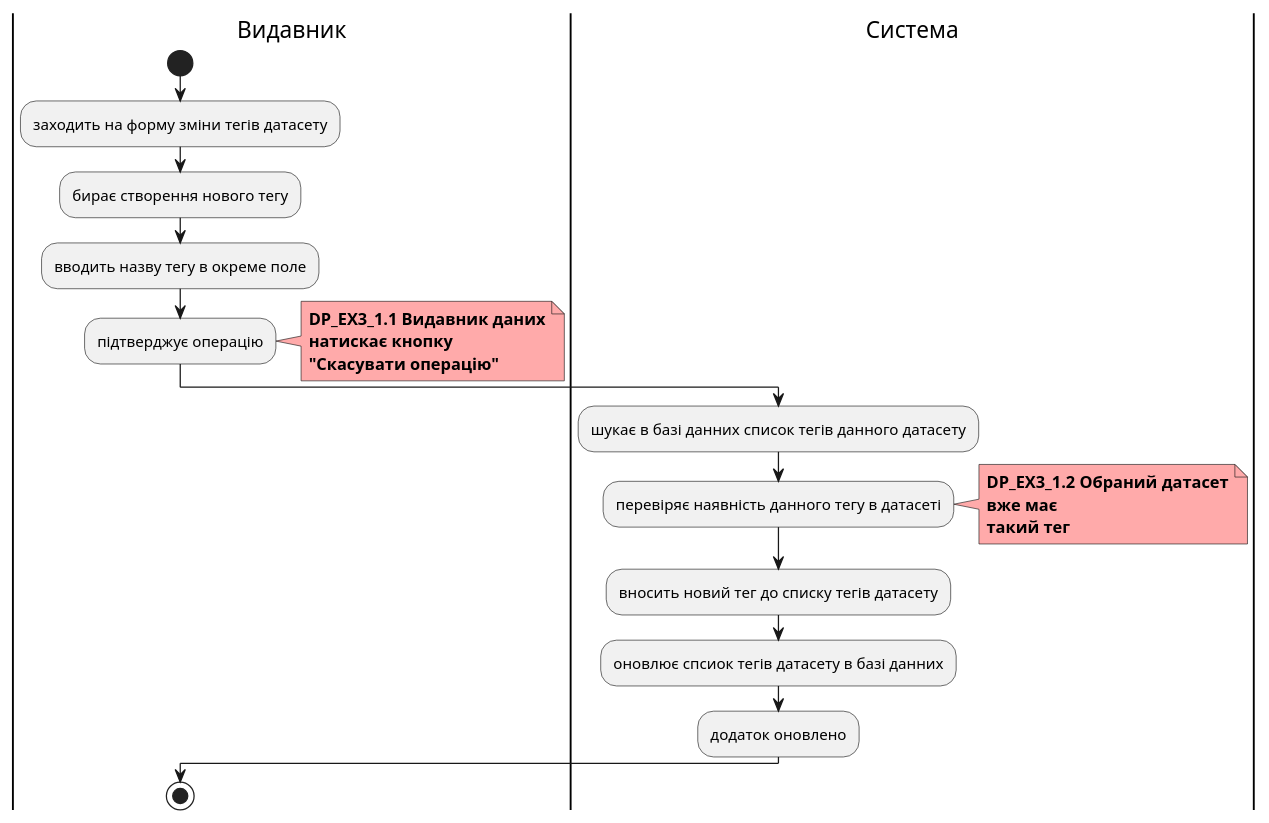
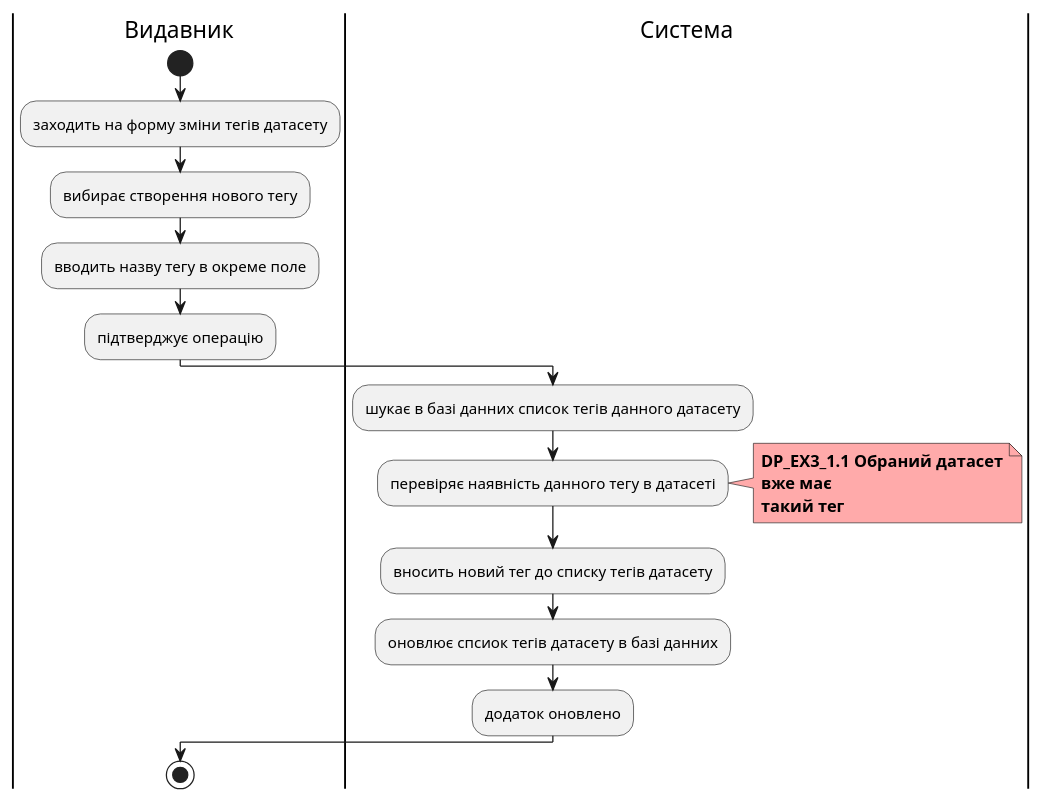
One commit to boldak/edu-db-cw changed the fourth of 4 diagrams in docs/use cases/DataPublisher.md. Above: the diagram before and after it, drawn with PlantUML. The commit also changed other lines of this file and 1 other file, not shown here.

```diff
--- a/docs/use cases/DataPublisher.md
+++ b/docs/use cases/DataPublisher.md
@@ -218,28 +186,23 @@
 @startuml
 
     |Видавник|
         start
         :заходить на форму зміни тегів датасету;
-        :бирає створення нового тегу;
+        :вибирає створення нового тегу;
         :вводить назву тегу в окреме поле;
         :підтверджує операцію;
-        note right #ffaaaa
-        <b>DP_EX3_1.1 Видавник даних
-        <b>натискає кнопку
-        <b>"Скасувати операцію"
-        end note
     |Система|
         :шукає в базі данних список тегів данного датасету;
         :перевіряє наявність данного тегу в датасеті;
         note right #ffaaaa
-        <b>DP_EX3_1.2 Обраний датасет
-        <b>вже має 
+        <b>DP_EX3_1.1 Обраний датасет
+        <b>вже має
         <b>такий тег
         end note
         :вносить новий тег до списку тегів датасету;
         :оновлює спсиок тегів датасету в базі данних;
         :додаток оновлено;
         |Видавник|
         stop;
 
 @enduml
```
